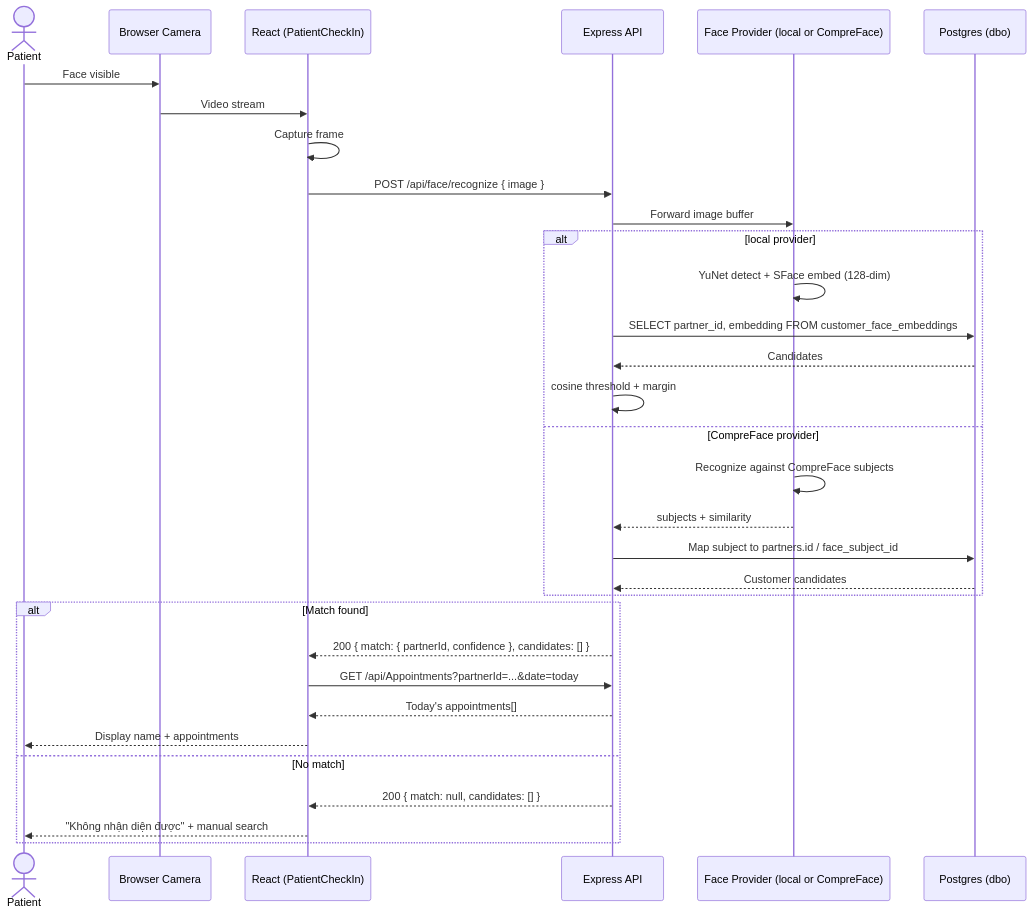
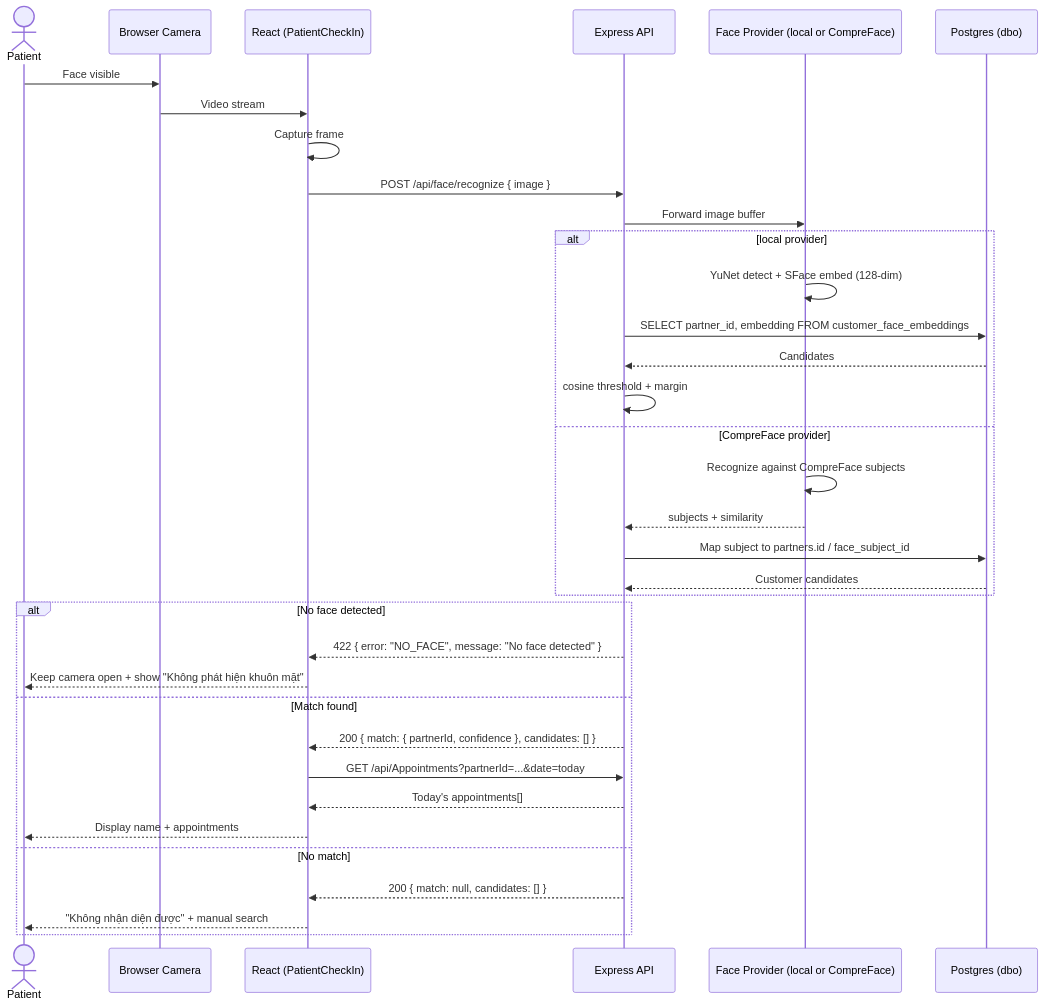
Before and after one commit to niiiusburo/Tgroup: the seventh of 10 diagrams in docs/WORKFLOWS.md, drawn with Mermaid. The commit also changed other lines of this file and 28 other files, not shown here.

Commit message:
fix: keep face capture open on no-face errors

````diff
--- a/docs/WORKFLOWS.md
+++ b/docs/WORKFLOWS.md
@@ -260,35 +260,38 @@
 ```mermaid
 sequenceDiagram
     actor P as Patient
     participant Cam as Browser Camera
     participant FE as React (PatientCheckIn)
     participant API as Express API
     participant FP as Face Provider (local or CompreFace)
     participant DB as Postgres (dbo)
     
     P->>Cam: Face visible
     Cam->>FE: Video stream
     FE->>FE: Capture frame
     FE->>API: POST /api/face/recognize { image }
     API->>FP: Forward image buffer
     alt local provider
         FP->>FP: YuNet detect + SFace embed (128-dim)
         API->>DB: SELECT partner_id, embedding FROM customer_face_embeddings
         DB-->>API: Candidates
         API->>API: cosine threshold + margin
     else CompreFace provider
         FP->>FP: Recognize against CompreFace subjects
         FP-->>API: subjects + similarity
         API->>DB: Map subject to partners.id / face_subject_id
         DB-->>API: Customer candidates
     end
-    alt Match found
+    alt No face detected
+        API-->>FE: 422 { error: "NO_FACE", message: "No face detected" }
+        FE-->>P: Keep camera open + show "Không phát hiện khuôn mặt"
+    else Match found
         API-->>FE: 200 { match: { partnerId, confidence }, candidates: [] }
         FE->>API: GET /api/Appointments?partnerId=...&date=today
         API-->>FE: Today's appointments[]
         FE-->>P: Display name + appointments
     else No match
         API-->>FE: 200 { match: null, candidates: [] }
         FE-->>P: "Không nhận diện được" + manual search
     end
 ```
````
